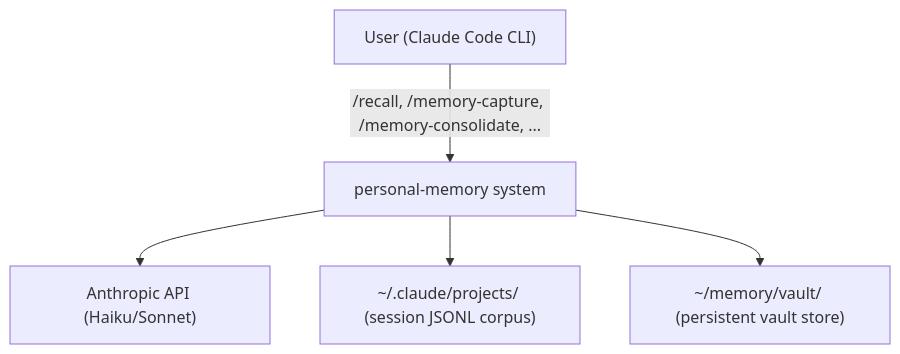
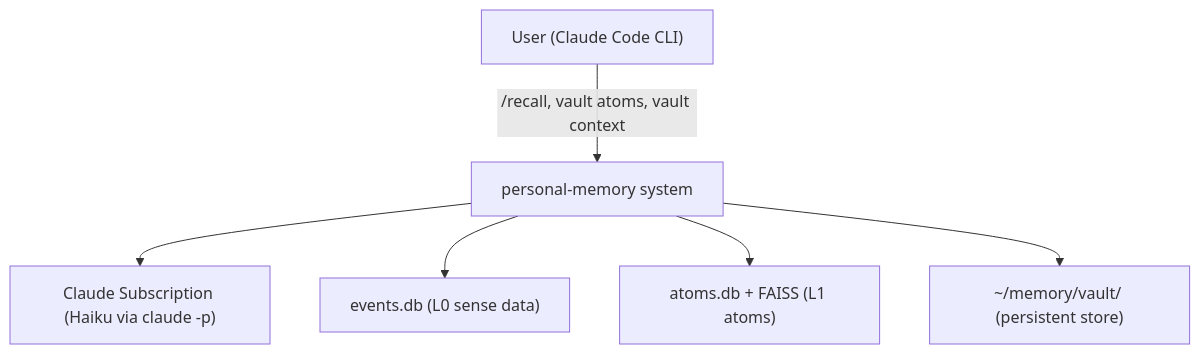
Before and after one commit to calenwalshe/personal-memory: the first of 2 diagrams in docs/cortex/system-map.md, drawn with Mermaid. The commit also changed other lines of this file and 19 other files, not shown here.

````diff
--- a/docs/cortex/system-map.md
+++ b/docs/cortex/system-map.md
@@ -20,13 +20,15 @@
 ```mermaid
 graph TD
     User["User (Claude Code CLI)"]
     CM["personal-memory system"]
-    ClaudeAPI["Anthropic API (Haiku/Sonnet)"]
-    Sessions["~/.claude/projects/ (session JSONL corpus)"]
-    Vault["~/memory/vault/ (persistent vault store)"]
+    Subscription["Claude Subscription (Haiku via claude -p)"]
+    EventsDB["events.db (L0 sense data)"]
+    AtomsDB["atoms.db + FAISS (L1 atoms)"]
+    Vault["~/memory/vault/ (persistent store)"]
 
-    User -->|"/recall, /memory-capture, /memory-consolidate, ..."| CM
-    CM --> ClaudeAPI
-    CM --> Sessions
+    User -->|"/recall, vault atoms, vault context"| CM
+    CM --> Subscription
+    CM --> EventsDB
+    CM --> AtomsDB
     CM --> Vault
 ```
````
